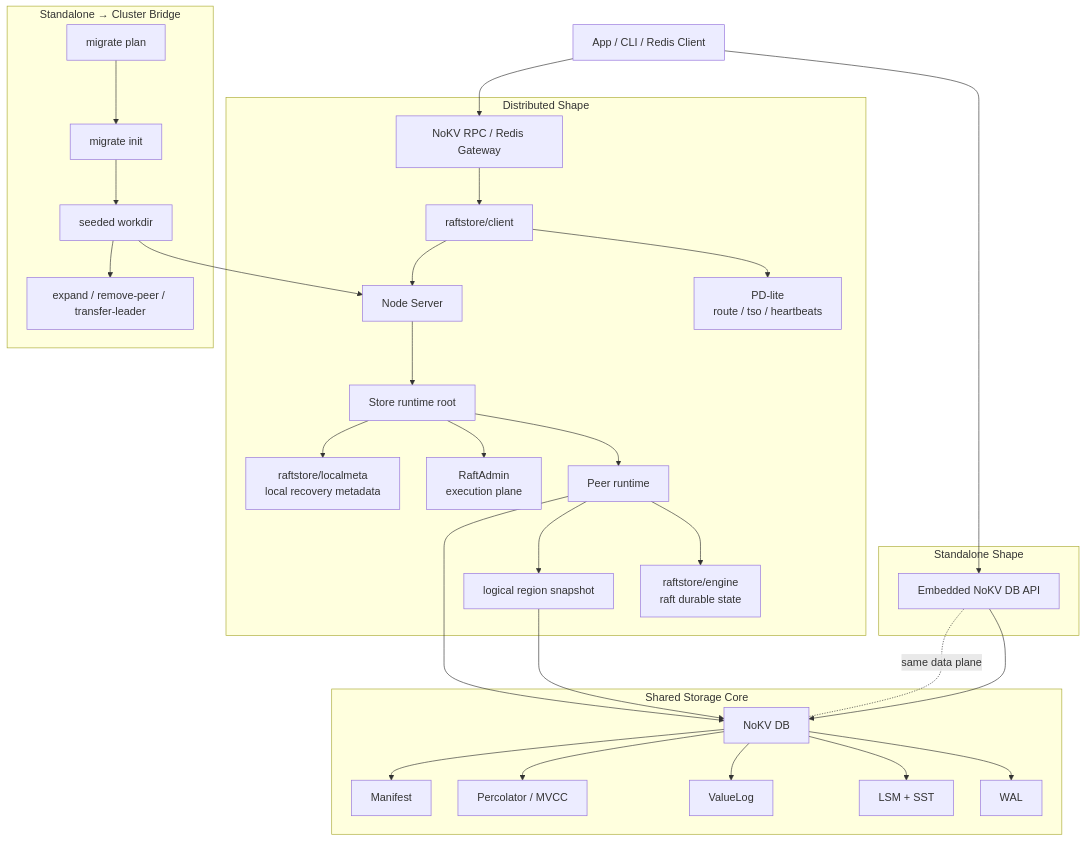
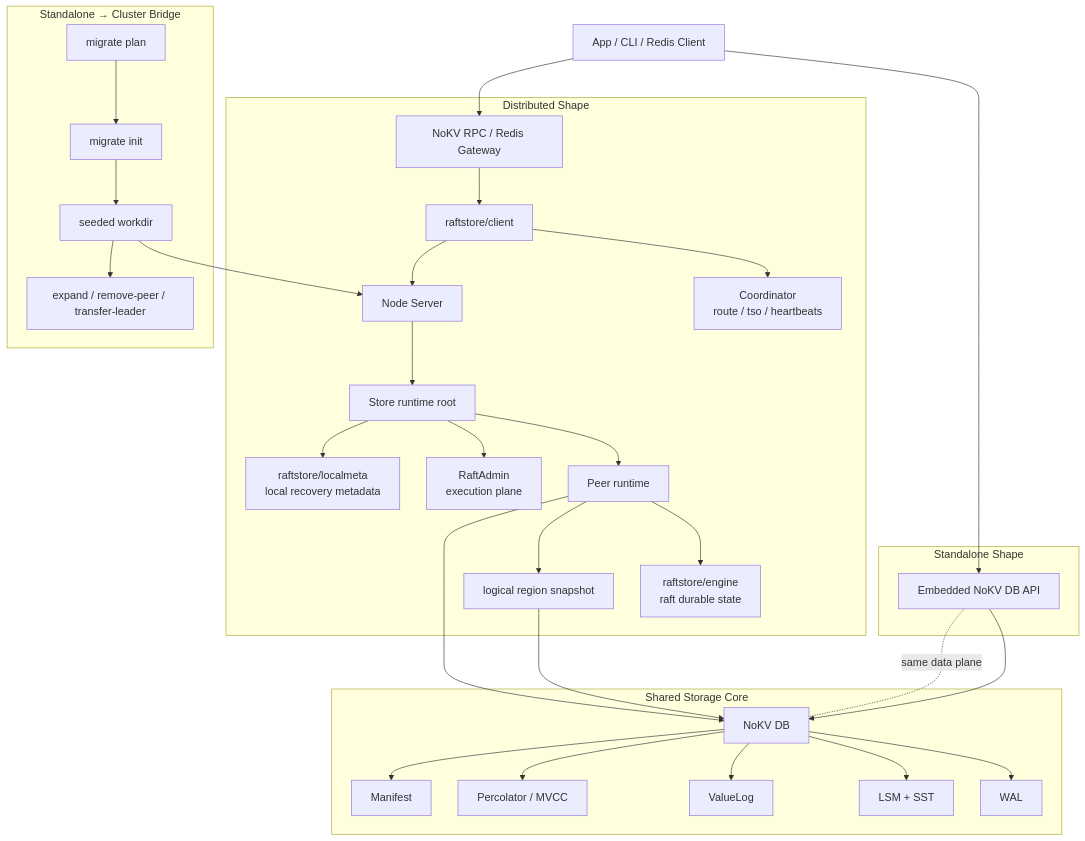
The diagram in README.md (feichai0017/NoKV), drawn with Mermaid before and after one commit. The commit also changed other lines of this file and 118 other files, not shown here.

````diff
--- a/README.md
+++ b/README.md
@@ -172,66 +172,66 @@
 ```mermaid
 %%{init: {
   "themeVariables": { "fontSize": "17px" },
   "flowchart": { "nodeSpacing": 42, "rankSpacing": 58, "curve": "basis" }
 }}%%
 flowchart TD
     App["App / CLI / Redis Client"]
 
     subgraph Standalone["Standalone Shape"]
         Embedded["Embedded NoKV DB API"]
     end
 
     subgraph Distributed["Distributed Shape"]
         Gateway["NoKV RPC / Redis Gateway"]
         Client["raftstore/client"]
-        PD["PD-lite<br/>route / tso / heartbeats"]
+        Coordinator["Coordinator<br/>route / tso / heartbeats"]
         Server["Node Server"]
         Store["Store runtime root"]
         Peer["Peer runtime"]
         Admin["RaftAdmin<br/>execution plane"]
         Meta["raftstore/localmeta<br/>local recovery metadata"]
         RaftEngine["raftstore/engine<br/>raft durable state"]
         Snap["logical region snapshot"]
     end
 
     subgraph DataPlane["Shared Storage Core"]
         DB["NoKV DB"]
         WAL["WAL"]
         LSM["LSM + SST"]
         VLog["ValueLog"]
         MVCC["Percolator / MVCC"]
         Manifest["Manifest"]
     end
 
     subgraph Migration["Standalone → Cluster Bridge"]
         Plan["migrate plan"]
         Init["migrate init"]
         Seed["seeded workdir"]
         Expand["expand / remove-peer / transfer-leader"]
     end
 
     App --> Embedded
     App --> Gateway
     Gateway --> Client
-    Client --> PD
+    Client --> Coordinator
     Client --> Server
     Server --> Store
     Store --> Peer
     Store --> Admin
     Store --> Meta
     Peer --> RaftEngine
     Peer --> Snap
     Embedded --> DB
     Peer --> DB
     Snap --> DB
     DB --> WAL
     DB --> LSM
     DB --> VLog
     DB --> MVCC
     DB --> Manifest
     Embedded -.same data plane.- DB
     Plan --> Init
     Init --> Seed
     Seed --> Server
     Seed --> Expand
 ```
````
